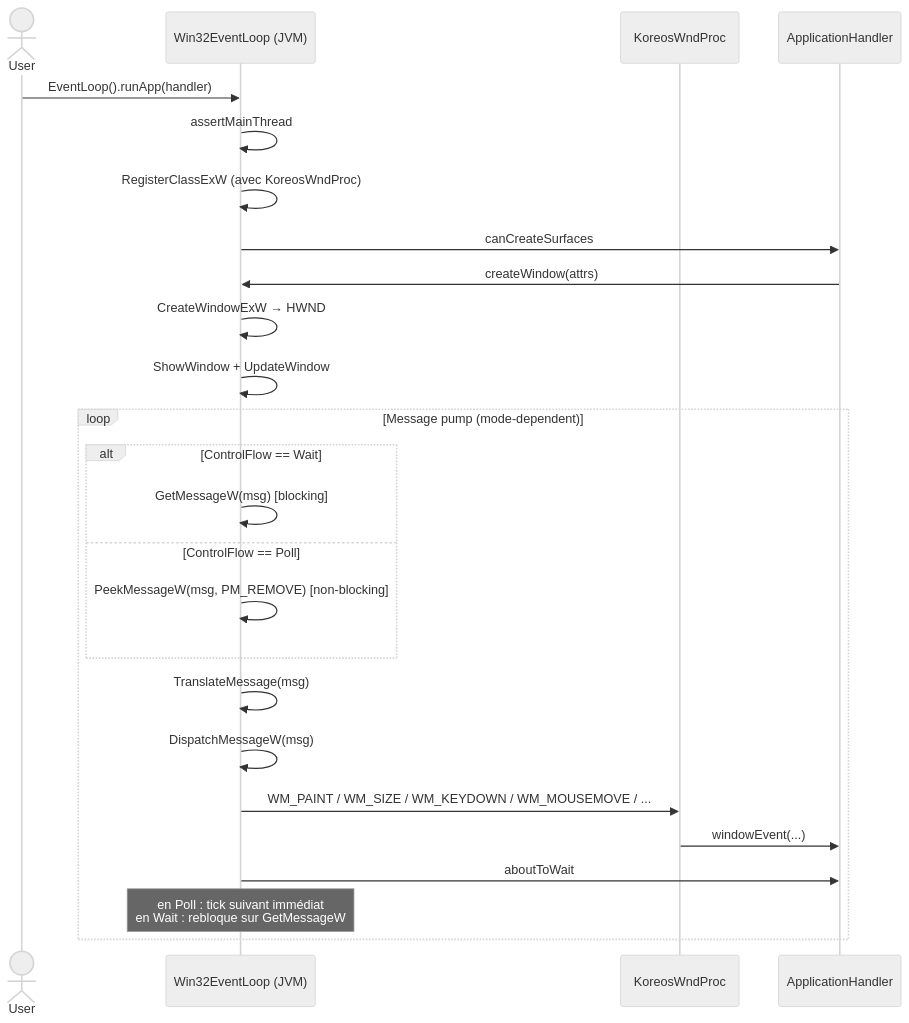
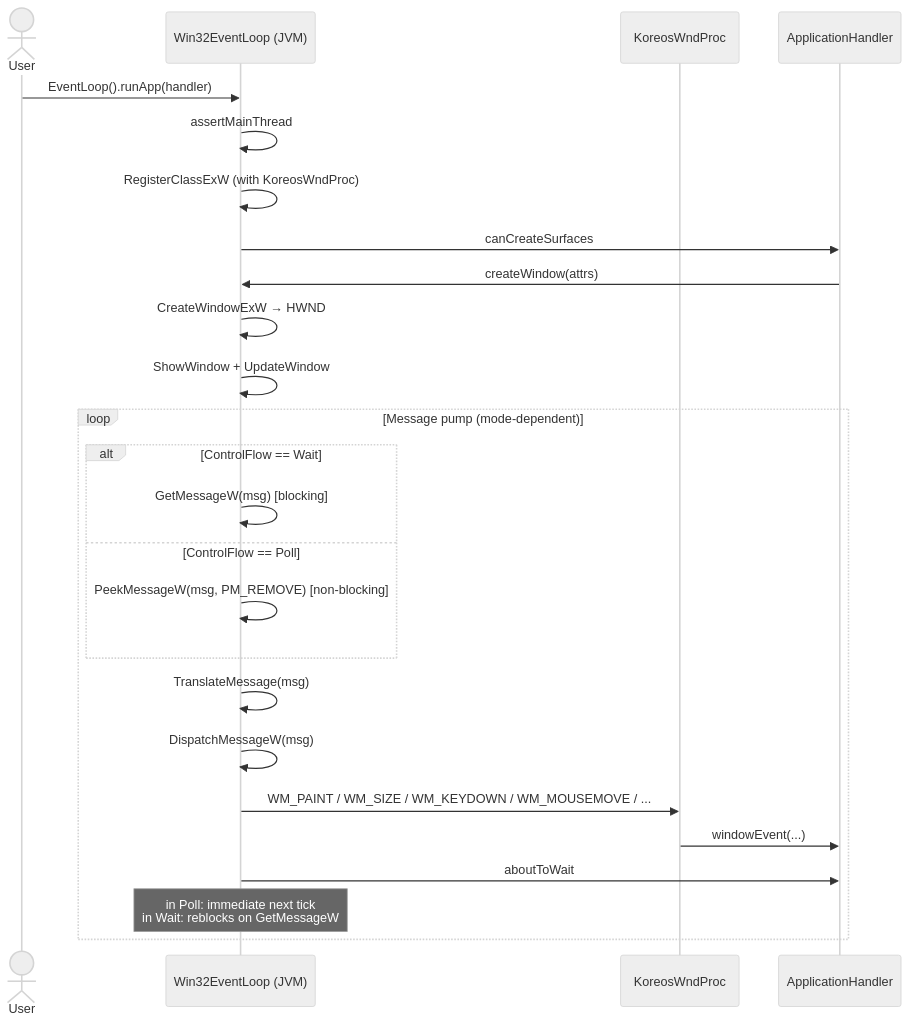
The third of 4 diagrams in docs/koreos/specs-v0.2.md (ygdrasil-io/poc-koreos), drawn with Mermaid (neutral theme) before and after one commit. The commit also changed other lines of this file and 47 other files, not shown here.

````diff
--- a/docs/koreos/specs-v0.2.md
+++ b/docs/koreos/specs-v0.2.md
@@ -266,29 +265,29 @@
 ```mermaid
 sequenceDiagram
     actor User
     participant EL as Win32EventLoop (JVM)
     participant WndProc as KoreosWndProc
     participant Handler as ApplicationHandler
 
     User->>EL: EventLoop().runApp(handler)
     EL->>EL: assertMainThread
-    EL->>EL: RegisterClassExW (avec KoreosWndProc)
+    EL->>EL: RegisterClassExW (with KoreosWndProc)
     EL->>Handler: canCreateSurfaces
     Handler->>EL: createWindow(attrs)
     EL->>EL: CreateWindowExW → HWND
     EL->>EL: ShowWindow + UpdateWindow
 
     loop Message pump (mode-dependent)
         alt ControlFlow == Wait
             EL->>EL: GetMessageW(msg) [blocking]
         else ControlFlow == Poll
             EL->>EL: PeekMessageW(msg, PM_REMOVE) [non-blocking]
         end
         EL->>EL: TranslateMessage(msg)
         EL->>EL: DispatchMessageW(msg)
         EL->>WndProc: WM_PAINT / WM_SIZE / WM_KEYDOWN / WM_MOUSEMOVE / ...
         WndProc->>Handler: windowEvent(...)
         EL->>Handler: aboutToWait
-        Note over EL: en Poll : tick suivant immédiat<br/>en Wait : rebloque sur GetMessageW
+        Note over EL: in Poll: immediate next tick<br/>in Wait: reblocks on GetMessageW
     end
 ```
````
